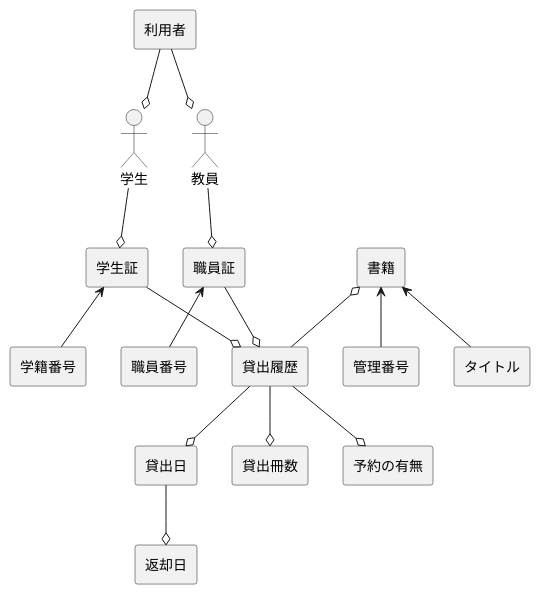
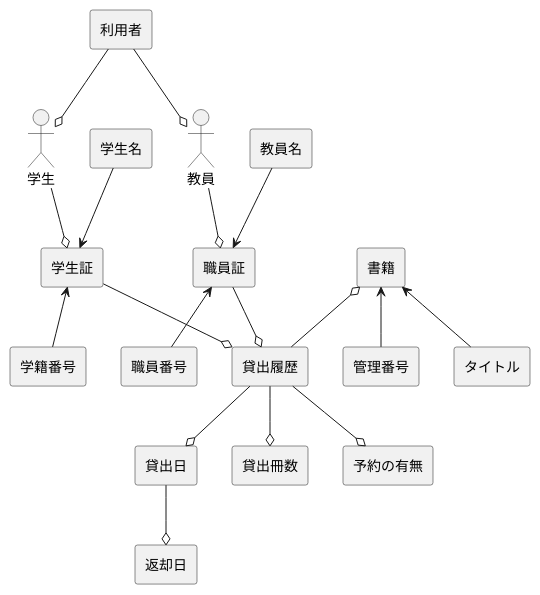
One commit to ko246/ohara_uml changed the diagram in group/効果測定用/ドメインモデル図/domain.pu. Above: the diagram before and after it, drawn with PlantUML. The commit also changed 1 other file, not shown here.

```diff
--- a/group/効果測定用/ドメインモデル図/domain.pu
+++ b/group/効果測定用/ドメインモデル図/domain.pu
@@ -1,21 +1,23 @@
 @startuml
 skinparam componentStyle rectangle
 actor 学生 
 actor 教員 
 [利用者] --o 学生
 [利用者] --o 教員
 学生 --o [学生証]
 教員 --o [職員証]
 [学生証] --o [貸出履歴]
 [職員証] --o [貸出履歴]
 [学生証] <-- [学籍番号]
 [職員証] <-- [職員番号]
 [書籍] o-- [貸出履歴]
 [書籍] <-- [タイトル]
 [書籍] <-- [管理番号]
 [貸出履歴] --o [貸出日]
 [貸出日] --o [返却日]
 [貸出履歴] --o [貸出冊数]
 [貸出履歴] --o [予約の有無]
+[学生名] --> [学生証]
+[教員名] --> [職員証]
 
 @enduml
```
